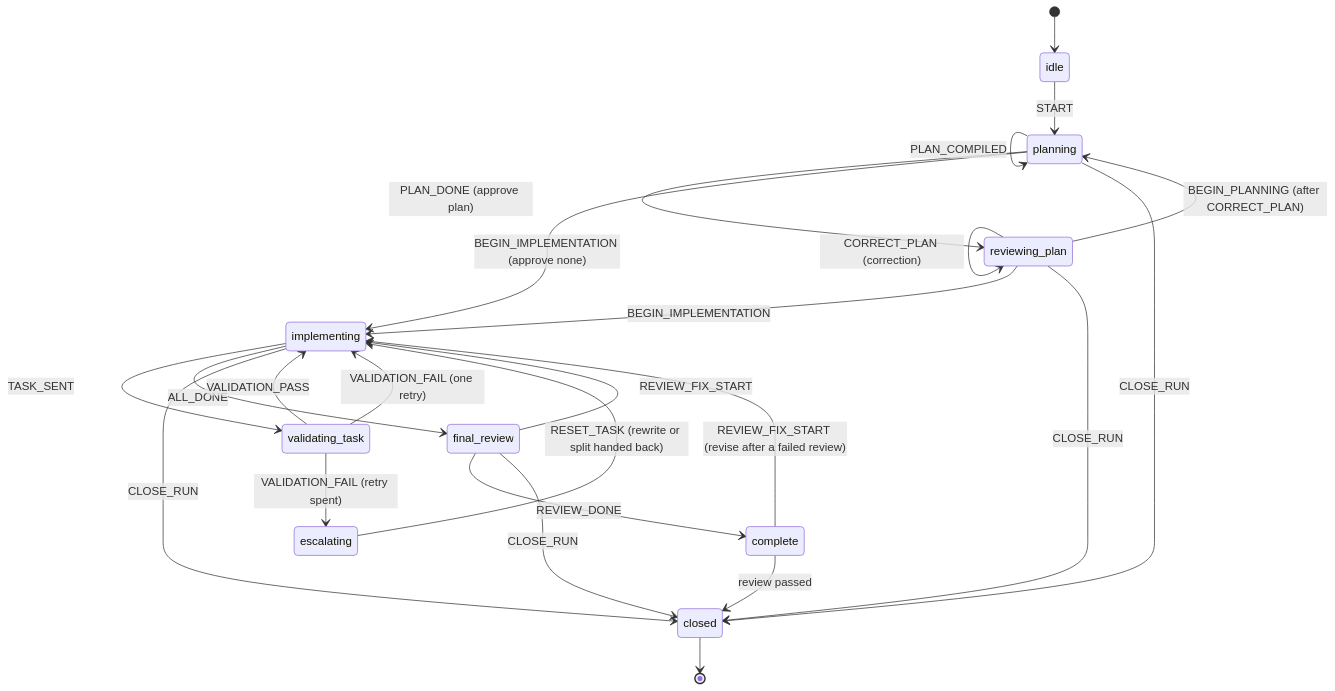
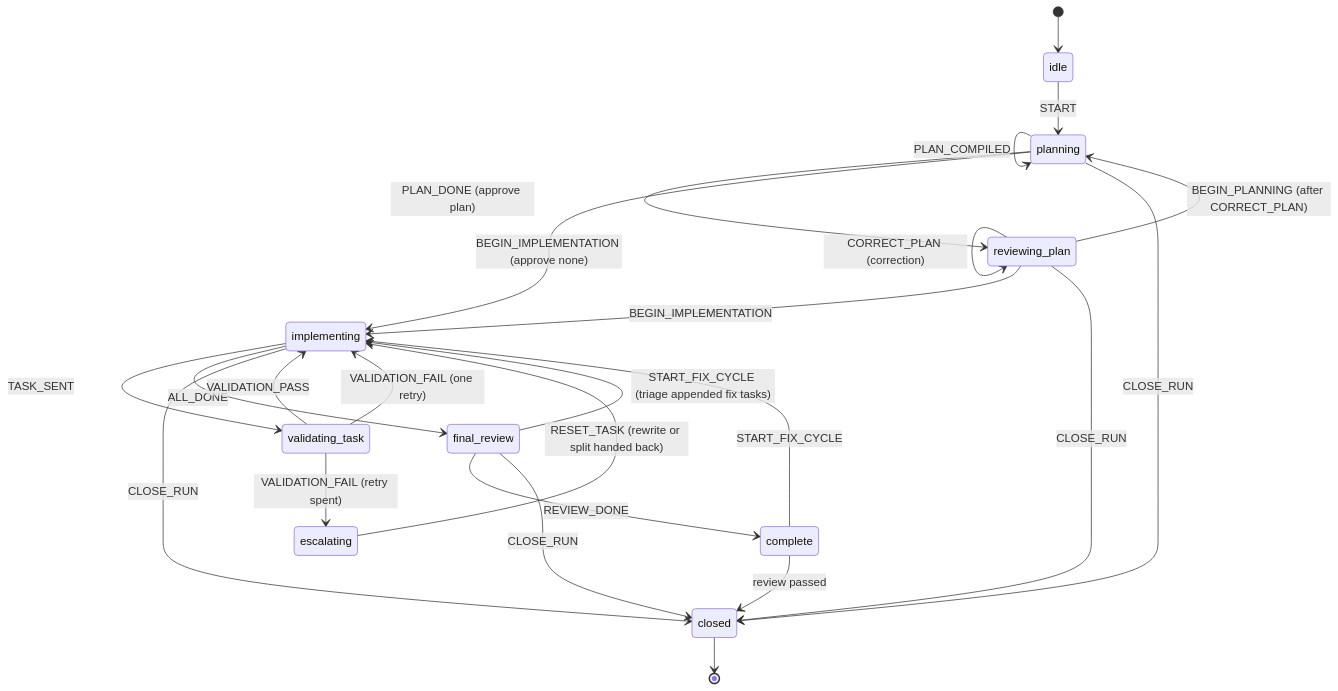
One commit to b4r7x/splitbrief changed the diagram in docs/WORKFLOW.md. Above: the diagram before and after it, drawn with Mermaid. The commit also changed other lines of this file and 182 other files, not shown here.

Commit message:
add typed review, planner triage and review cadence

````diff
--- a/docs/WORKFLOW.md
+++ b/docs/WORKFLOW.md
@@ -43,34 +43,34 @@
 ```mermaid
 stateDiagram-v2
     [*] --> idle
     idle --> planning : START
 
     planning --> planning : PLAN_COMPILED
     planning --> reviewing_plan : PLAN_DONE (approve plan)
     planning --> implementing : BEGIN_IMPLEMENTATION (approve none)
 
     reviewing_plan --> reviewing_plan : PLAN_COMPILED (edit)
     reviewing_plan --> reviewing_plan : CORRECT_PLAN (correction)
     reviewing_plan --> planning : BEGIN_PLANNING (after CORRECT_PLAN)
     reviewing_plan --> implementing : BEGIN_IMPLEMENTATION
 
     implementing --> validating_task : TASK_SENT
     implementing --> final_review : ALL_DONE
 
     validating_task --> implementing : VALIDATION_PASS
     validating_task --> implementing : VALIDATION_FAIL (one retry)
     validating_task --> escalating : VALIDATION_FAIL (retry spent)
 
     escalating --> implementing : RESET_TASK (rewrite or split handed back)
 
-    final_review --> implementing : REVIEW_FIX_START
-    complete --> implementing : REVIEW_FIX_START (revise after a failed review)
+    final_review --> implementing : START_FIX_CYCLE (triage appended fix tasks)
+    complete --> implementing : START_FIX_CYCLE
     final_review --> complete : REVIEW_DONE
 
     complete --> closed : review passed
     planning --> closed : CLOSE_RUN
     reviewing_plan --> closed : CLOSE_RUN
     implementing --> closed : CLOSE_RUN
     final_review --> closed : CLOSE_RUN
     closed --> [*]
 ```
````
